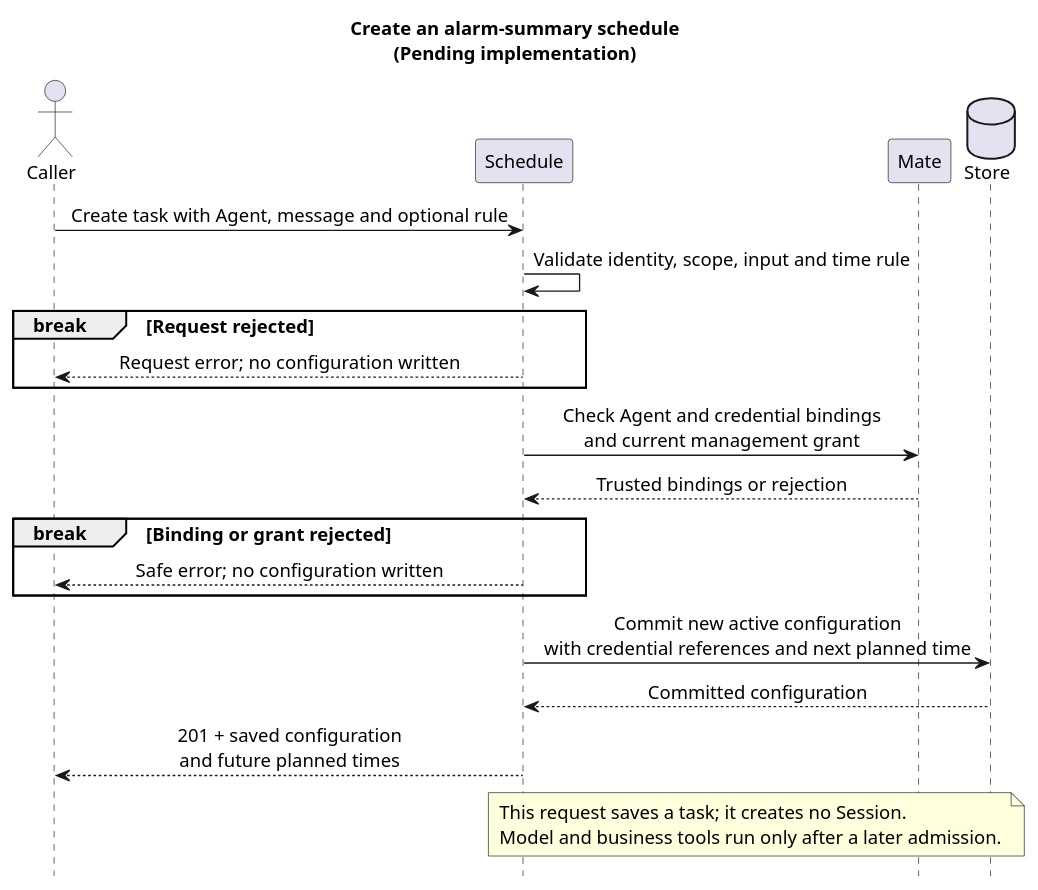
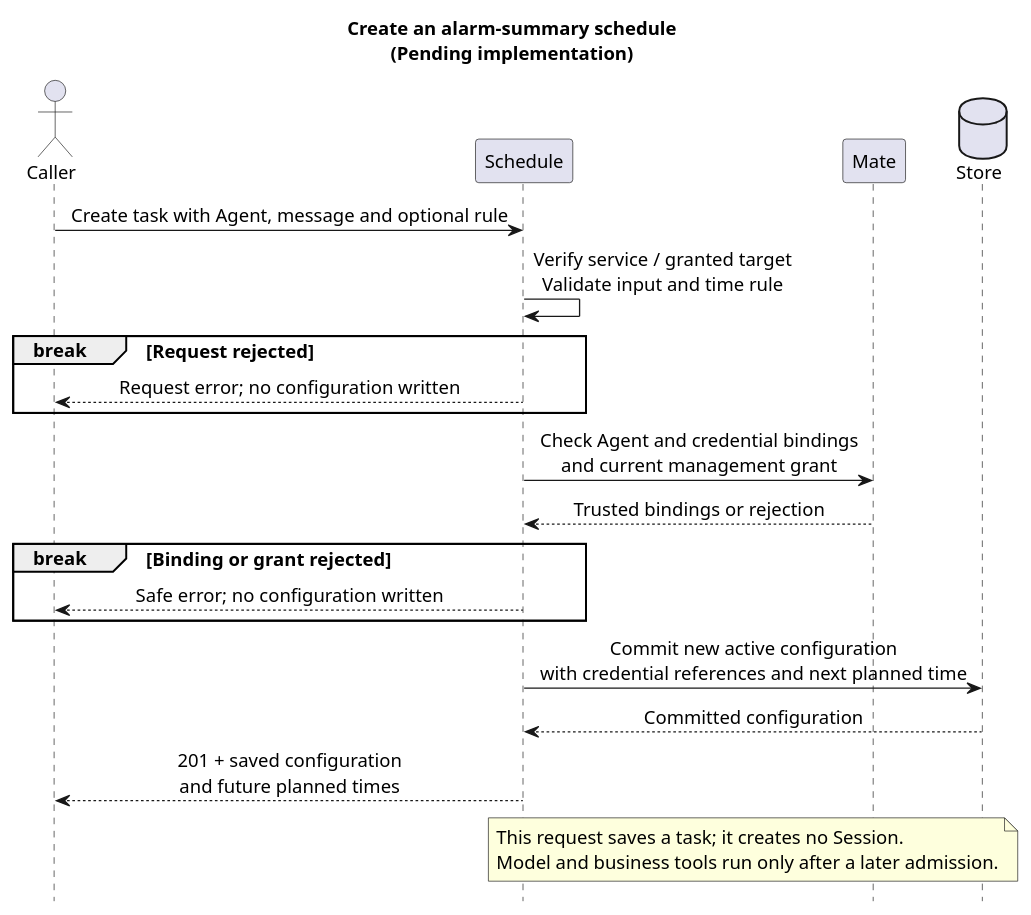
One commit to ssm0808/pi-mono-java-design changed the third of 5 diagrams in 01-总体架构/08-CampusClaw定时任务/diagram.puml. Above: the diagram before and after it, drawn with PlantUML. The commit also changed other lines of this file and 17 other files, not shown here.

Commit message:
docs(architecture): 将会话归属与权限统一交由 Mate 维护

```diff
--- a/01-总体架构/08-CampusClaw定时任务/diagram.puml
+++ b/01-总体架构/08-CampusClaw定时任务/diagram.puml
@@ -149,34 +151,34 @@
 @startuml schedule_configuration_save
 ' Java baseline: 553dcd5e2ff682f9684810a043b442b37a02e54a; main fetched 2026-10-08 (unchanged).
 ' Source: modules/cron/src/main/java/com/campusclaw/cron/store/CronStore.java saveUnsafe (legacy file persistence).
 ' Source: modules/coding-agent-cli/src/main/java/com/campusclaw/codingagent/runtime/AgentRuntimeManager.java prepare (not a read-only management check).
 ' Presentation: Caller requests; Schedule validates and saves; Mate authorizes; Store commits.
 ' Design reason: management checks do not prepare or execute an Agent Session.
 ' Target: Pending implementation; text-only input and credential references at rest.
 title Create an alarm-summary schedule\n(Pending implementation)
 hide footbox
 skinparam backgroundColor white
 skinparam defaultFontSize 14
 skinparam sequenceMessageAlign center
 actor Caller
 participant Schedule
 participant Mate
 database Store
 Caller -> Schedule : Create task with Agent, message and optional rule
-Schedule -> Schedule : Validate identity, scope, input and time rule
+Schedule -> Schedule : Verify service / granted target\nValidate input and time rule
 break Request rejected
   Schedule --> Caller : Request error; no configuration written
 end
 Schedule -> Mate : Check Agent and credential bindings\nand current management grant
 Mate --> Schedule : Trusted bindings or rejection
 break Binding or grant rejected
   Schedule --> Caller : Safe error; no configuration written
 end
 Schedule -> Store : Commit new active configuration\nwith credential references and next planned time
 Store --> Schedule : Committed configuration
 Schedule --> Caller : 201 + saved configuration\nand future planned times
 note over Schedule, Store
   This request saves a task; it creates no Session.
   Model and business tools run only after a later admission.
 end note
 @enduml
```
